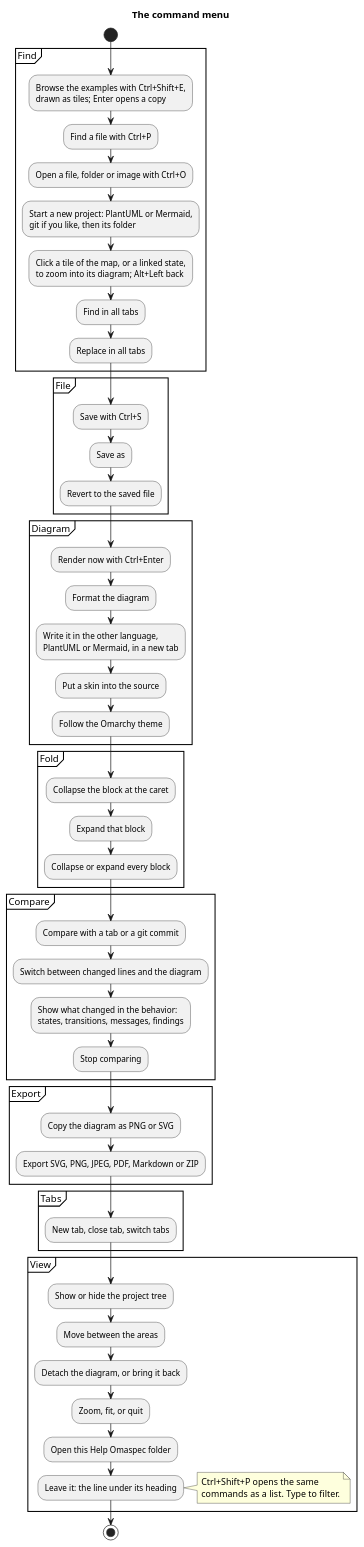
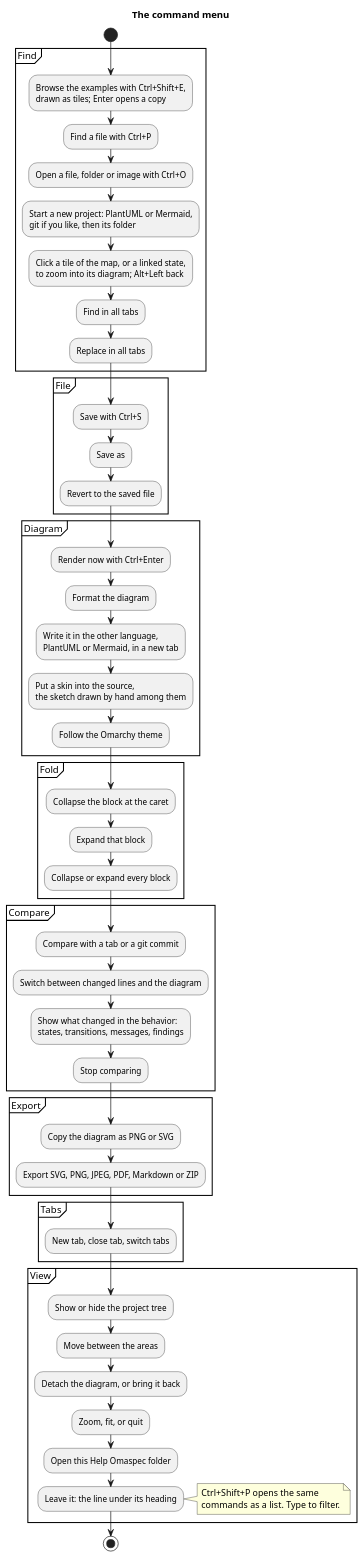
Before and after one commit to enhapu-afk/omaspec: the diagram in examples/Help Omaspec/menu.puml, drawn with PlantUML. The commit also changed 56 other files, not shown here.

```diff
--- a/examples/Help Omaspec/menu.puml
+++ b/examples/Help Omaspec/menu.puml
@@ -1,61 +1,62 @@
 @startuml
 title The command menu
 start
 partition Find {
   :Browse the examples with Ctrl+Shift+E,
   drawn as tiles; Enter opens a copy;
   :Find a file with Ctrl+P;
   :Open a file, folder or image with Ctrl+O;
   :Start a new project: PlantUML or Mermaid,
   git if you like, then its folder;
   :Click a tile of the map, or a linked state,
   to zoom into its diagram; Alt+Left back;
   :Find in all tabs;
   :Replace in all tabs;
 }
 partition File {
   :Save with Ctrl+S;
   :Save as;
   :Revert to the saved file;
 }
 partition Diagram {
   :Render now with Ctrl+Enter;
   :Format the diagram;
   :Write it in the other language,
   PlantUML or Mermaid, in a new tab;
-  :Put a skin into the source;
+  :Put a skin into the source,
+  the sketch drawn by hand among them;
   :Follow the Omarchy theme;
 }
 partition Fold {
   :Collapse the block at the caret;
   :Expand that block;
   :Collapse or expand every block;
 }
 partition Compare {
   :Compare with a tab or a git commit;
   :Switch between changed lines and the diagram;
   :Show what changed in the behavior:
   states, transitions, messages, findings;
   :Stop comparing;
 }
 partition Export {
   :Copy the diagram as PNG or SVG;
   :Export SVG, PNG, JPEG, PDF, Markdown or ZIP;
 }
 partition Tabs {
   :New tab, close tab, switch tabs;
 }
 partition View {
   :Show or hide the project tree;
   :Move between the areas;
   :Detach the diagram, or bring it back;
   :Zoom, fit, or quit;
   :Open this Help Omaspec folder;
   :Leave it: the line under its heading;
   note right
     Ctrl+Shift+P opens the same
     commands as a list. Type to filter.
   end note
 }
 stop
 @enduml
```
